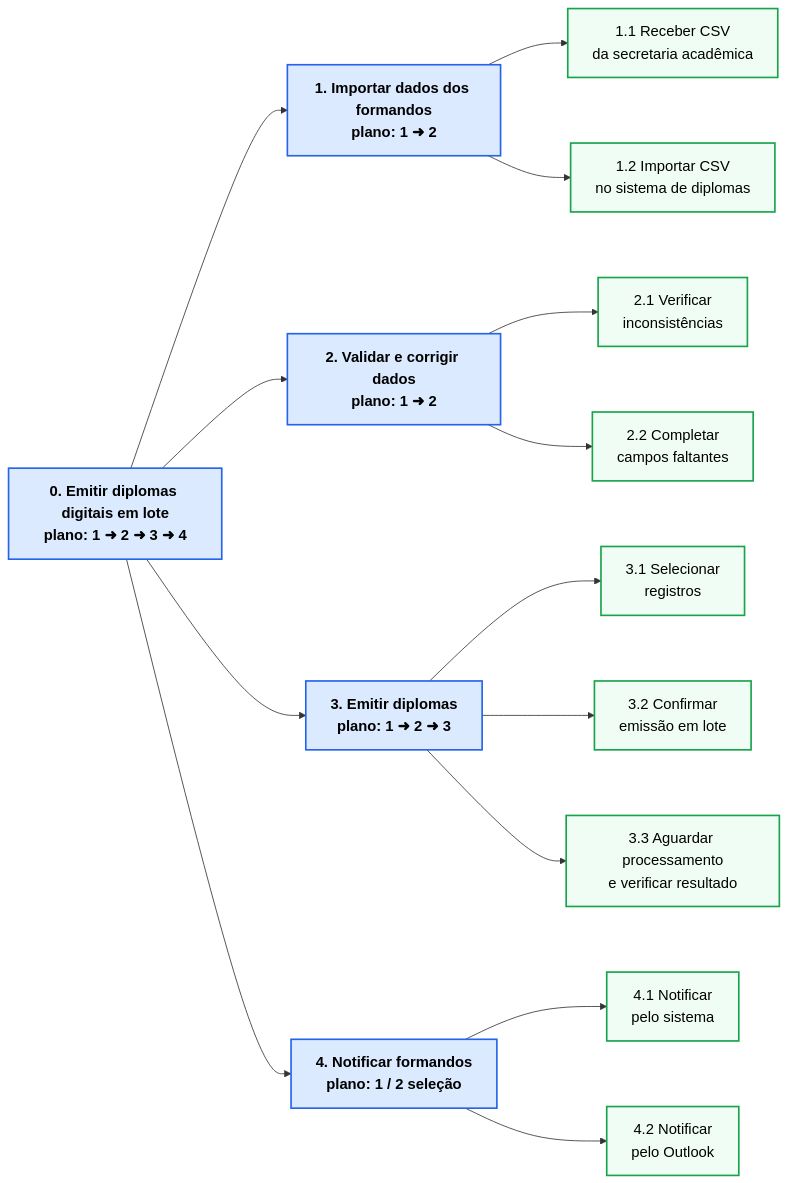
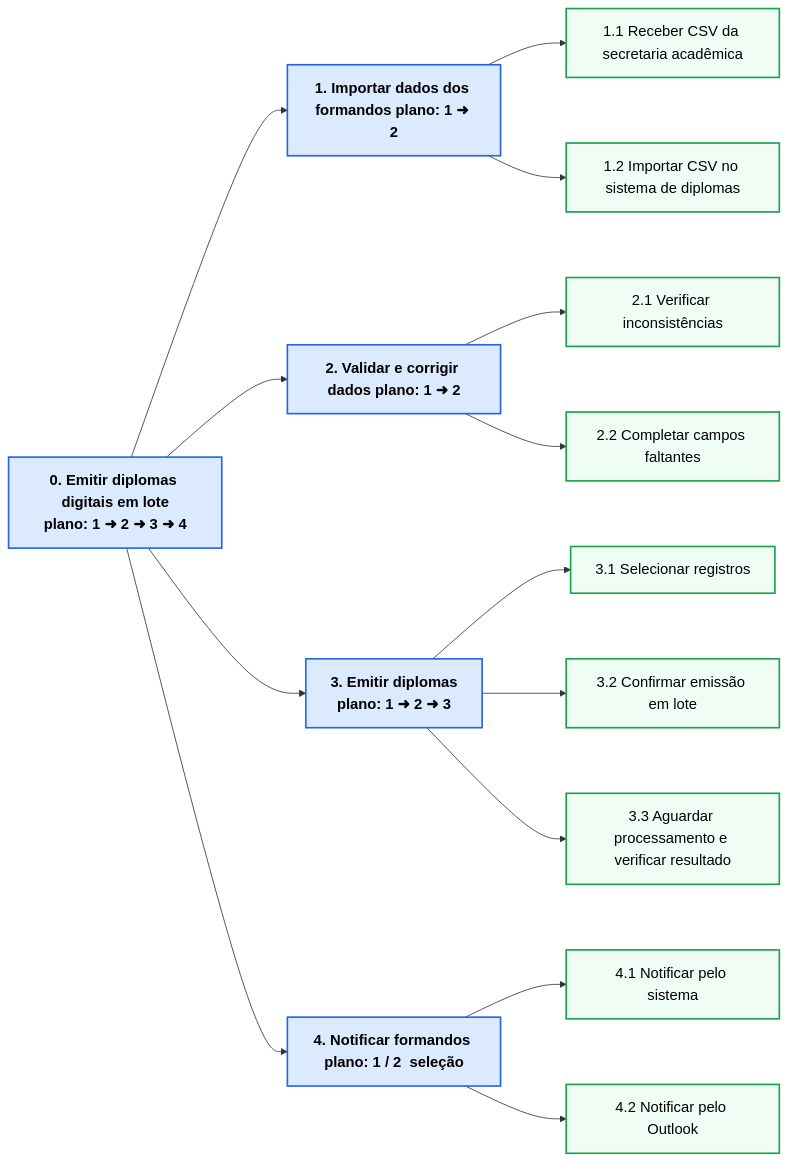
Before and after one commit to nullifidianz/ihc-fei: the first of 3 diagrams in docs/5_analise_tarefas.md, drawn with Mermaid.

Commit message:
Refactor task descriptions for clarity

````diff
--- a/docs/5_analise_tarefas.md
+++ b/docs/5_analise_tarefas.md
@@ -11,29 +11,29 @@
 ```mermaid
 %%{init: {'flowchart': {'nodeSpacing': 80, 'rankSpacing': 80}, 'themeVariables': {'fontSize': '18px'}}}%%
 flowchart LR
     classDef objetivo fill:#dbeafe,stroke:#2563eb,stroke-width:2px,font-weight:bold,color:#000000
     classDef operacao fill:#f0fdf4,stroke:#16a34a,stroke-width:2px,color:#000000
 
     G0["0. Emitir diplomas digitais em lote\nplano: 1 ➜ 2 ➜ 3 ➜ 4"]:::objetivo
 
-    G1["1. Importar dados dos formandos\nplano: 1 ➜ 2"]:::objetivo
-    G2["2. Validar e corrigir dados\nplano: 1 ➜ 2"]:::objetivo
+    G1["1. Importar dados dos formandos plano: 1 ➜ 2"]:::objetivo
+    G2["2. Validar e corrigir dados plano: 1 ➜ 2"]:::objetivo
     G3["3. Emitir diplomas\nplano: 1 ➜ 2 ➜ 3"]:::objetivo
-    G4["4. Notificar formandos\nplano: 1 / 2  seleção"]:::objetivo
+    G4["4. Notificar formandos plano: 1 / 2  seleção"]:::objetivo
 
-    G11["1.1 Receber CSV\nda secretaria acadêmica"]:::operacao
-    G12["1.2 Importar CSV\nno sistema de diplomas"]:::operacao
-    G21["2.1 Verificar\ninconsistências"]:::operacao
-    G22["2.2 Completar\ncampos faltantes"]:::operacao
-    G31["3.1 Selecionar\nregistros"]:::operacao
-    G32["3.2 Confirmar\nemissão em lote"]:::operacao
-    G33["3.3 Aguardar processamento\ne verificar resultado"]:::operacao
-    G41["4.1 Notificar\npelo sistema"]:::operacao
-    G42["4.2 Notificar\npelo Outlook"]:::operacao
+    G11["1.1 Receber CSV da secretaria acadêmica"]:::operacao
+    G12["1.2 Importar CSV no sistema de diplomas"]:::operacao
+    G21["2.1 Verificar inconsistências"]:::operacao
+    G22["2.2 Completar campos faltantes"]:::operacao
+    G31["3.1 Selecionar registros"]:::operacao
+    G32["3.2 Confirmar emissão em lote"]:::operacao
+    G33["3.3 Aguardar processamento e verificar resultado"]:::operacao
+    G41["4.1 Notificar pelo sistema"]:::operacao
+    G42["4.2 Notificar pelo Outlook"]:::operacao
 
     G0 --> G1 & G2 & G3 & G4
     G1 --> G11 & G12
     G2 --> G21 & G22
     G3 --> G31 & G32 & G33
     G4 --> G41 & G42
 ```
````
